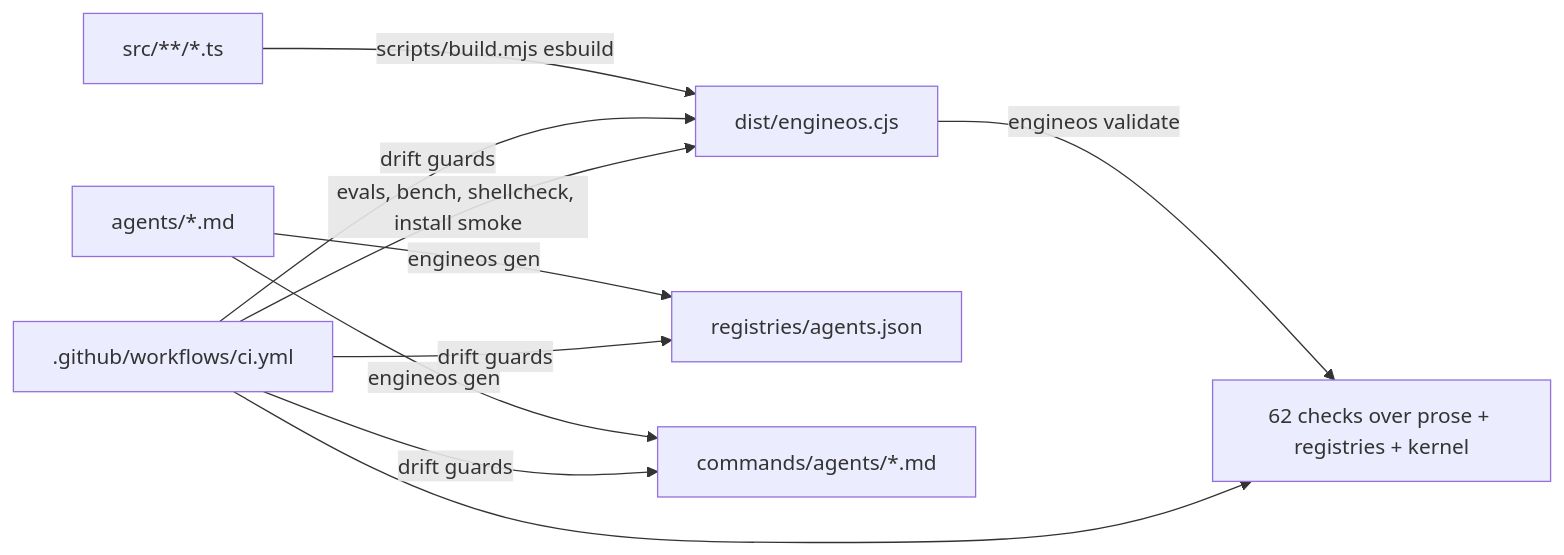
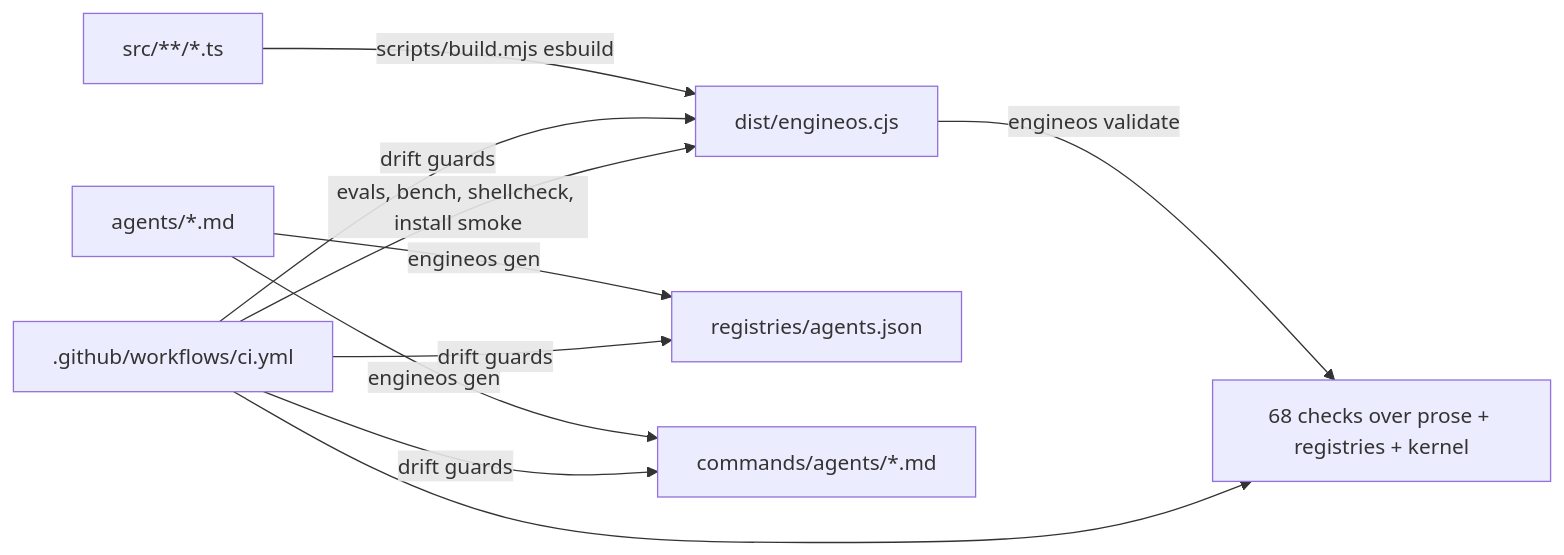
The fifth of 5 diagrams in docs/CODEBASE_MAP.md (ricardofagmerspesia/engineos), drawn with Mermaid before and after one commit. The commit also changed other lines of this file and 18 other files, not shown here.

First line of the commit message:
feat(checks): C36/C37 pin router references and check counts; prose truth sweep

````diff
--- a/docs/CODEBASE_MAP.md
+++ b/docs/CODEBASE_MAP.md
@@ -312,10 +315,10 @@
 ```mermaid
 graph LR
     SRC[src/**/*.ts] -->|scripts/build.mjs esbuild| DIST[dist/engineos.cjs]
     AGMD[agents/*.md] -->|engineos gen| AGJ[registries/agents.json]
     AGMD -->|engineos gen| CMDS[commands/agents/*.md]
-    DIST -->|engineos validate| V[62 checks over prose + registries + kernel]
+    DIST -->|engineos validate| V[68 checks over prose + registries + kernel]
     CI[.github/workflows/ci.yml] -->|drift guards| DIST & AGJ & CMDS
     CI --> V
     CI -->|evals, bench, shellcheck, install smoke| DIST
 ```
````
